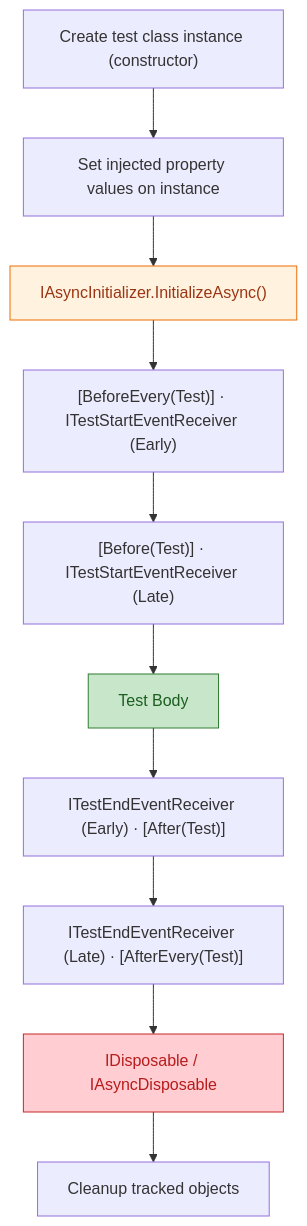
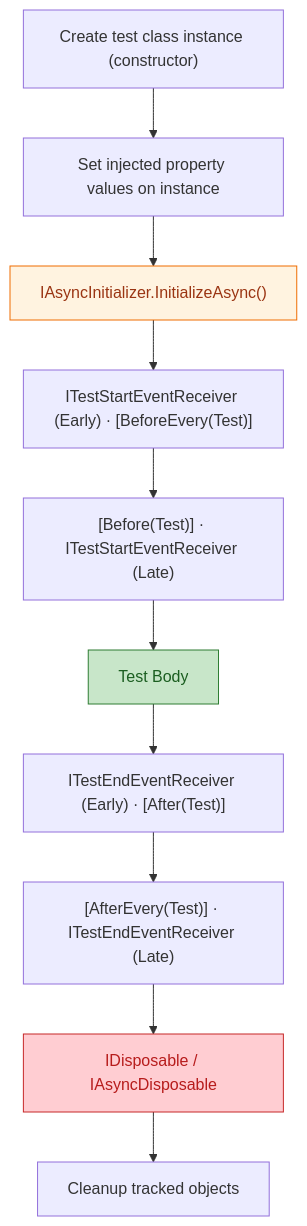
The third of 10 diagrams in docs/docs/writing-tests/lifecycle.md (thomhurst/TUnit), drawn with Mermaid before and after one commit. The commit also changed other lines of this file and 24 other files, not shown here.

````diff
--- a/docs/docs/writing-tests/lifecycle.md
+++ b/docs/docs/writing-tests/lifecycle.md
@@ -42,19 +42,19 @@
 ```mermaid
 flowchart TB
     T0["Create test class instance (constructor)"]
     T0a["Set injected property values on instance"]
     T0b["IAsyncInitializer.InitializeAsync()"]
-    T1["[BeforeEvery(Test)] · ITestStartEventReceiver (Early)"]
+    T1["ITestStartEventReceiver (Early) · [BeforeEvery(Test)]"]
     T2["[Before(Test)] · ITestStartEventReceiver (Late)"]
     T3["Test Body"]
     T4["ITestEndEventReceiver (Early) · [After(Test)]"]
-    T5["ITestEndEventReceiver (Late) · [AfterEvery(Test)]"]
+    T5["[AfterEvery(Test)] · ITestEndEventReceiver (Late)"]
     T6["IDisposable / IAsyncDisposable"]
     T7["Cleanup tracked objects"]
 
     T0 --> T0a --> T0b --> T1 --> T2 --> T3 --> T4 --> T5 --> T6 --> T7
 
     style T0b fill:#fff3e0,stroke:#ef6c00,color:#9a3412
     style T3 fill:#c8e6c9,stroke:#2e7d32,color:#1b5e20
     style T6 fill:#ffcdd2,stroke:#c62828,color:#b71c1c
 ```
````
